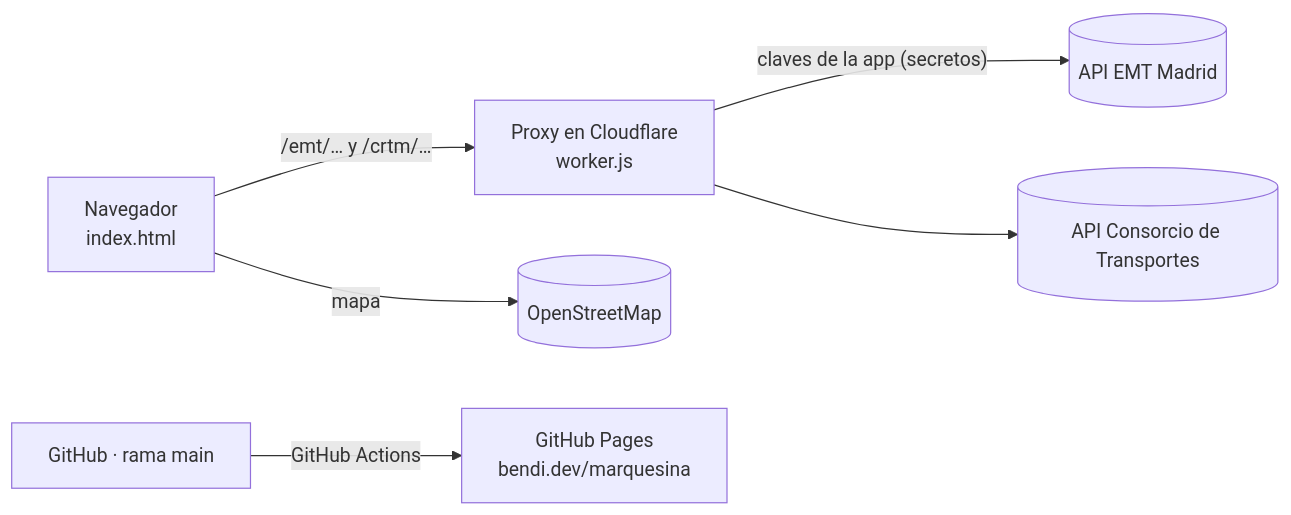
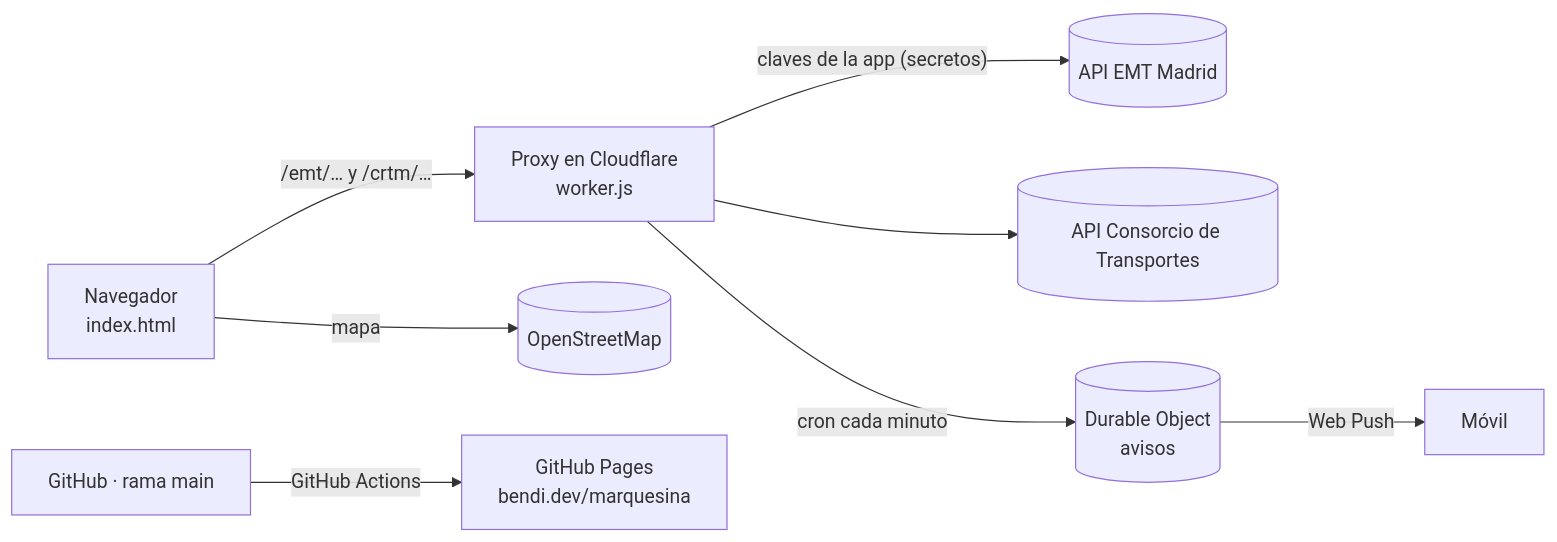
One commit to serbenda/marquesina changed the diagram in README.md. Above: the diagram before and after it, drawn with Mermaid. The commit also changed other lines of this file and 4 other files, not shown here.

````diff
--- a/README.md
+++ b/README.md
@@ -58,8 +66,10 @@
 ```mermaid
 flowchart LR
   U[Navegador<br/>index.html] -- "/emt/… y /crtm/…" --> W[Proxy en Cloudflare<br/>worker.js]
   W -- "claves de la app (secretos)" --> EMT[(API EMT Madrid)]
   W --> CRTM[(API Consorcio de Transportes)]
+  W -- "cron cada minuto" --> DO[(Durable Object<br/>avisos)]
+  DO -- "Web Push" --> M[Móvil]
   U -- "mapa" --> OSM[(OpenStreetMap)]
   GH[GitHub · rama main] -- "GitHub Actions" --> P[GitHub Pages<br/>bendi.dev/marquesina]
 ```
````
